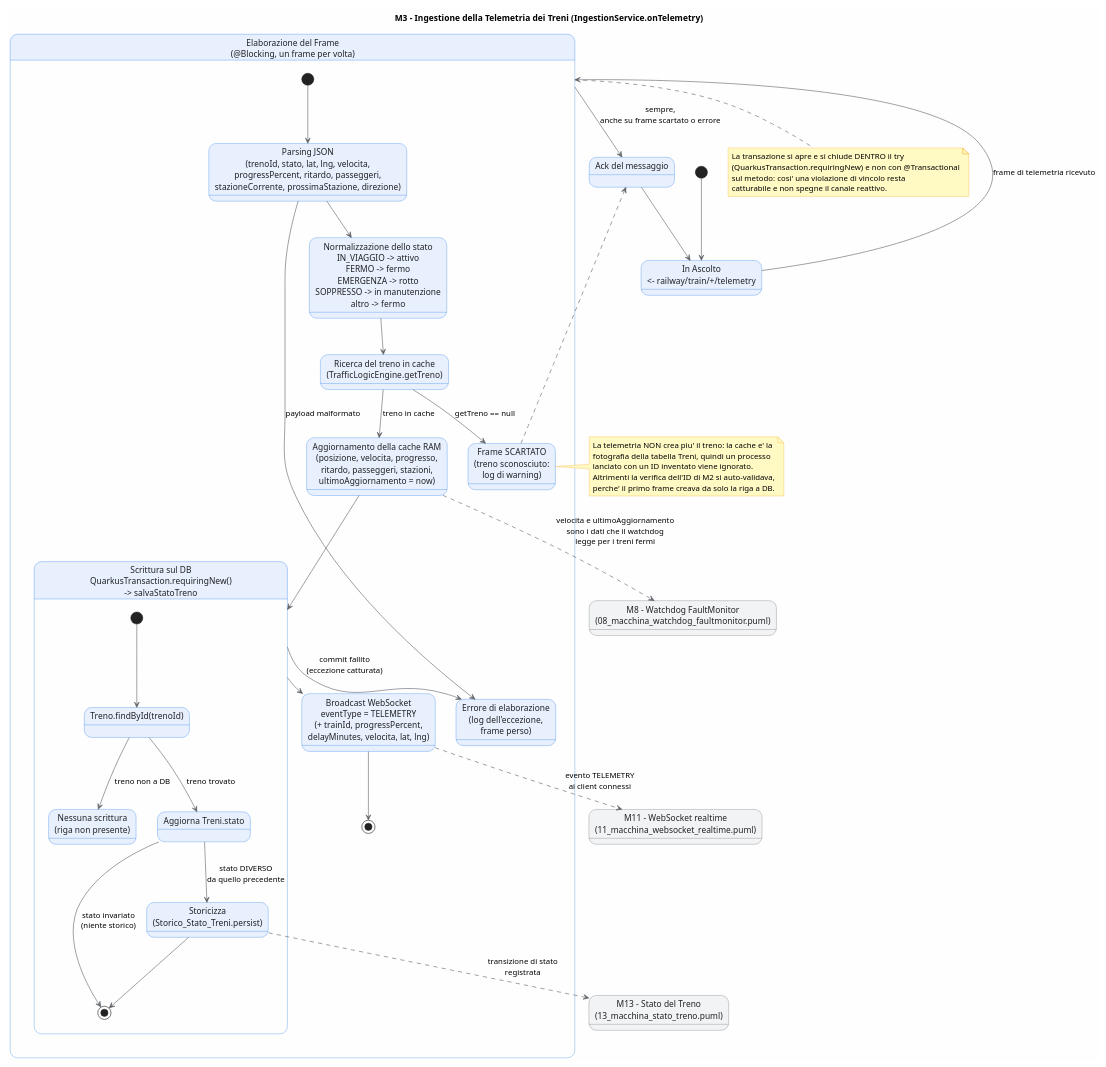
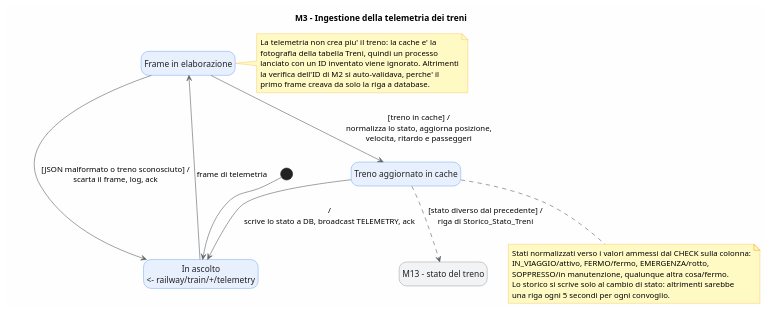
The diagram in doc/ArchitetturaMaggiormenteApprofondita/Stati_diagram/ServerCentrale/03_macchina_ingestione_telemetria.puml (mar-robba/PISSIR), drawn with PlantUML before and after one commit. The commit also changed 186 other files, not shown here.

```diff
--- a/doc/ArchitetturaMaggiormenteApprofondita/Stati_diagram/ServerCentrale/03_macchina_ingestione_telemetria.puml
+++ b/doc/ArchitetturaMaggiormenteApprofondita/Stati_diagram/ServerCentrale/03_macchina_ingestione_telemetria.puml
@@ -1,114 +1,63 @@
-@startuml M3 - Ingestione della Telemetria dei Treni
+@startuml M3 - Ingestione della telemetria dei treni
 ' =========================================================================
 '  MACCHINA M3 - Ingestione della telemetria dei treni
 '
 '  Codice astratto:
 '    it.uni.reti2.ingestion.IngestionService#onTelemetry
 '    it.uni.reti2.ingestion.IngestionService#salvaStatoTreno
 '    it.uni.reti2.ingestion.IngestionService#normalizzaStatoTreno
 '
-'  Canale: telemetry-in  <- railway/train/+/telemetry (un frame ogni 5s per treno)
-'
-'  Avviata da:  M1  (01_macchina_ciclo_vita_centrale.puml)
+'  Canale: telemetry-in <- railway/train/+/telemetry (un frame ogni 5s per treno)
 '  Fa transitare: M13 (13_macchina_stato_treno.puml)
-'  Produce eventi su: M11 (11_macchina_websocket_realtime.puml)
 ' =========================================================================
 
 skinparam backgroundColor #FEFEFE
 skinparam state {
     BackgroundColor #E8F0FE
     BorderColor #1A73E8
     FontColor #202124
     ArrowColor #5F6368
     StartColor #34A853
-    EndColor #EA4335
 }
 skinparam state<<esterna>> {
     BackgroundColor #F1F3F4
     BorderColor #5F6368
 }
 skinparam note {
     BackgroundColor #FFF9C4
     BorderColor #F9A825
 }
+hide empty description
 
-title M3 - Ingestione della Telemetria dei Treni (IngestionService.onTelemetry)
+title M3 - Ingestione della telemetria dei treni
 
-[*] --> InAscolto
+[*] --> Ascolto
 
-state "In Ascolto\n<- railway/train/+/telemetry" as InAscolto
+state "In ascolto\n<- railway/train/+/telemetry" as Ascolto
+state "Frame in elaborazione" as Elaborazione
+state "Treno aggiornato in cache" as Aggiornato
+state "M13 - stato del treno" as M13 <<esterna>>
 
-state "Elaborazione del Frame\n(@Blocking, un frame per volta)" as Elaborazione {
+Ascolto --> Elaborazione : frame di telemetria
+Elaborazione --> Ascolto : [JSON malformato o treno sconosciuto] /\nscarta il frame, log, ack
+Elaborazione --> Aggiornato : [treno in cache] /\nnormalizza lo stato, aggiorna posizione,\nvelocita, ritardo e passeggeri
+Aggiornato --> Ascolto : /\nscrive lo stato a DB, broadcast TELEMETRY, ack
+Aggiornato -[dashed]-> M13 : [stato diverso dal precedente] /\nriga di Storico_Stato_Treni
 
-    state "Parsing JSON\n(trenoId, stato, lat, lng, velocita,\nprogressPercent, ritardo, passeggeri,\nstazioneCorrente, prossimaStazione, direzione)" as Parsing
-
-    state "Normalizzazione dello stato\nIN_VIAGGIO -> attivo\nFERMO -> fermo\nEMERGENZA -> rotto\nSOPPRESSO -> in manutenzione\naltro -> fermo" as Normalizzazione
-
-    state "Ricerca del treno in cache\n(TrafficLogicEngine.getTreno)" as LookupCache
-
-    state "Frame SCARTATO\n(treno sconosciuto:\nlog di warning)" as FrameScartato
-
-    state "Aggiornamento della cache RAM\n(posizione, velocita, progresso,\nritardo, passeggeri, stazioni,\nultimoAggiornamento = now)" as AggiornaCache
-
-    state "Scrittura sul DB\nQuarkusTransaction.requiringNew()\n-> salvaStatoTreno" as ScritturaDb {
-        state "Treno.findById(trenoId)" as RicercaDb
-        state "Nessuna scrittura\n(riga non presente)" as NessunaScrittura
-        state "Aggiorna Treni.stato" as AggiornaStato
-        state "Storicizza\n(Storico_Stato_Treni.persist)" as Storicizza
-
-        [*] --> RicercaDb
-        RicercaDb --> NessunaScrittura : treno non a DB
-        RicercaDb --> AggiornaStato : treno trovato
-        AggiornaStato --> Storicizza : stato DIVERSO\nda quello precedente
-        AggiornaStato --> [*] : stato invariato\n(niente storico)
-        Storicizza --> [*]
-    }
-
-    state "Broadcast WebSocket\neventType = TELEMETRY\n(+ trainId, progressPercent,\ndelayMinutes, velocita, lat, lng)" as BroadcastWs
-
-    state "Errore di elaborazione\n(log dell'eccezione,\nframe perso)" as Errore
-
-    [*] --> Parsing
-    Parsing --> Normalizzazione
-    Parsing --> Errore : payload malformato
-    Normalizzazione --> LookupCache
-    LookupCache --> FrameScartato : getTreno == null
-    LookupCache --> AggiornaCache : treno in cache
-    AggiornaCache --> ScritturaDb
-    ScritturaDb --> BroadcastWs
-    ScritturaDb --> Errore : commit fallito\n(eccezione catturata)
-    BroadcastWs --> [*]
-}
-
-InAscolto --> Elaborazione : frame di telemetria ricevuto
-
-state "Ack del messaggio" as Ack
-Elaborazione --> Ack : sempre,\nanche su frame scartato o errore
-FrameScartato -[dashed]-> Ack
-Ack --> InAscolto
-
-note right of FrameScartato
-  La telemetria NON crea piu' il treno: la cache e' la
+note right of Elaborazione
+  La telemetria non crea piu' il treno: la cache e' la
   fotografia della tabella Treni, quindi un processo
-  lanciato con un ID inventato viene ignorato.
-  Altrimenti la verifica dell'ID di M2 si auto-validava,
-  perche' il primo frame creava da solo la riga a DB.
+  lanciato con un ID inventato viene ignorato. Altrimenti
+  la verifica dell'ID di M2 si auto-validava, perche' il
+  primo frame creava da solo la riga a database.
 end note
 
-note bottom of Elaborazione
-  La transazione si apre e si chiude DENTRO il try
-  (QuarkusTransaction.requiringNew) e non con @Transactional
-  sul metodo: cosi' una violazione di vincolo resta
-  catturabile e non spegne il canale reattivo.
+note bottom of Aggiornato
+  Stati normalizzati verso i valori ammessi dal CHECK sulla colonna:
+  IN_VIAGGIO/attivo, FERMO/fermo, EMERGENZA/rotto,
+  SOPPRESSO/in manutenzione, qualunque altra cosa/fermo.
+  Lo storico si scrive solo al cambio di stato: altrimenti sarebbe
+  una riga ogni 5 secondi per ogni convoglio.
 end note
 
-' ===================== MACCHINE COLLEGATE =====================
-state "M13 - Stato del Treno\n(13_macchina_stato_treno.puml)" as M13 <<esterna>>
-state "M11 - WebSocket realtime\n(11_macchina_websocket_realtime.puml)" as M11 <<esterna>>
-state "M8 - Watchdog FaultMonitor\n(08_macchina_watchdog_faultmonitor.puml)" as M8 <<esterna>>
-
-Storicizza -[dashed]-> M13 : transizione di stato\nregistrata
-BroadcastWs -[dashed]-> M11 : evento TELEMETRY\nai client connessi
-AggiornaCache -[dashed]-> M8 : velocita e ultimoAggiornamento\nsono i dati che il watchdog\nlegge per i treni fermi
-
 @enduml
```
